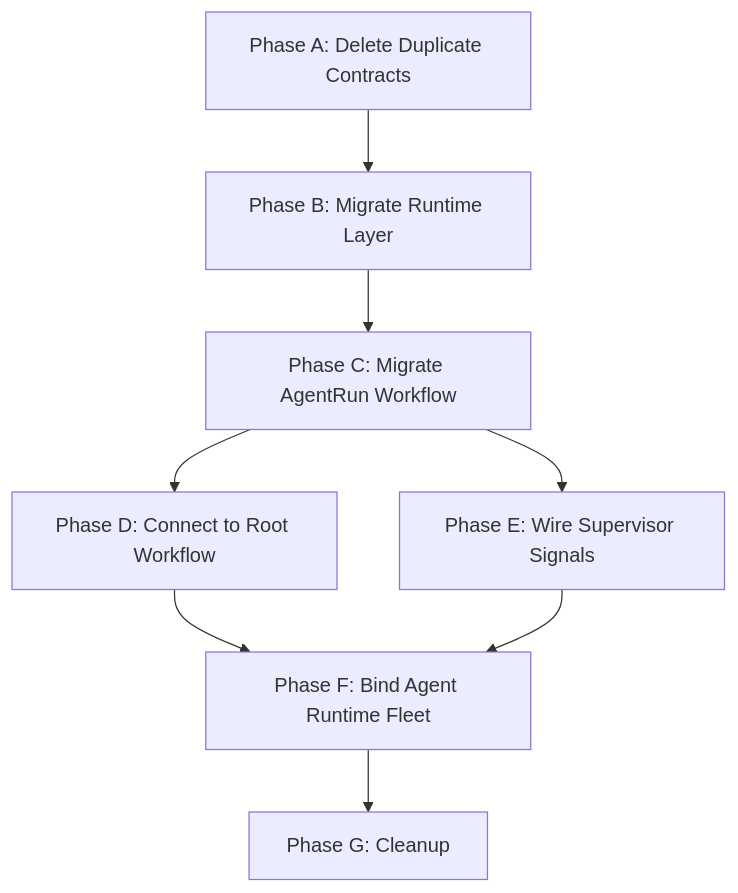
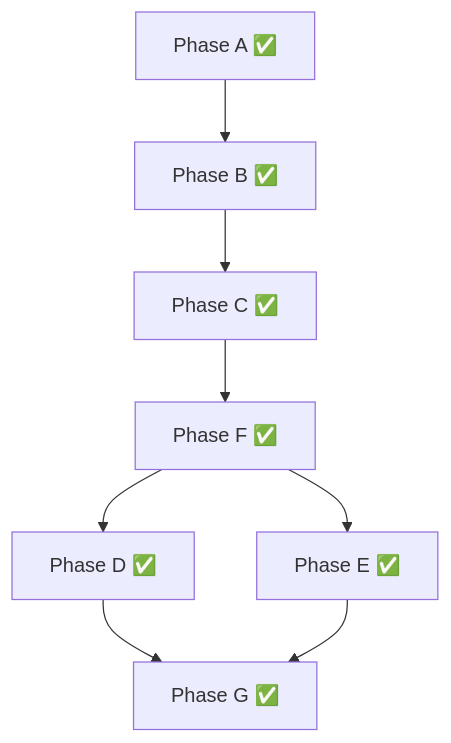
One commit to MoonLadderStudios/MoonMind changed the diagram in docs/tmp/AgentRemediationPlan.md. Above: the diagram before and after it, drawn with Mermaid. The commit also changed other lines of this file and 23 other files, not shown here.

Commit message:
swapping to new agent run paradigm

````diff
--- a/docs/tmp/AgentRemediationPlan.md
+++ b/docs/tmp/AgentRemediationPlan.md
@@ -189,10 +226,10 @@
 ```mermaid
 graph TD
-    A[Phase A: Delete Duplicate Contracts] --> B[Phase B: Migrate Runtime Layer]
-    B --> C[Phase C: Migrate AgentRun Workflow]
-    C --> D[Phase D: Connect to Root Workflow]
-    C --> E[Phase E: Wire Supervisor Signals]
-    D --> F[Phase F: Bind Agent Runtime Fleet]
-    E --> F
-    F --> G[Phase G: Cleanup]
+    A["Phase A ✅"] --> B["Phase B ✅"]
+    B --> C["Phase C ✅"]
+    C --> F["Phase F ✅"]
+    F --> D["Phase D ✅"]
+    F --> E["Phase E ✅"]
+    D --> G["Phase G ✅"]
+    E --> G
 ```
````
